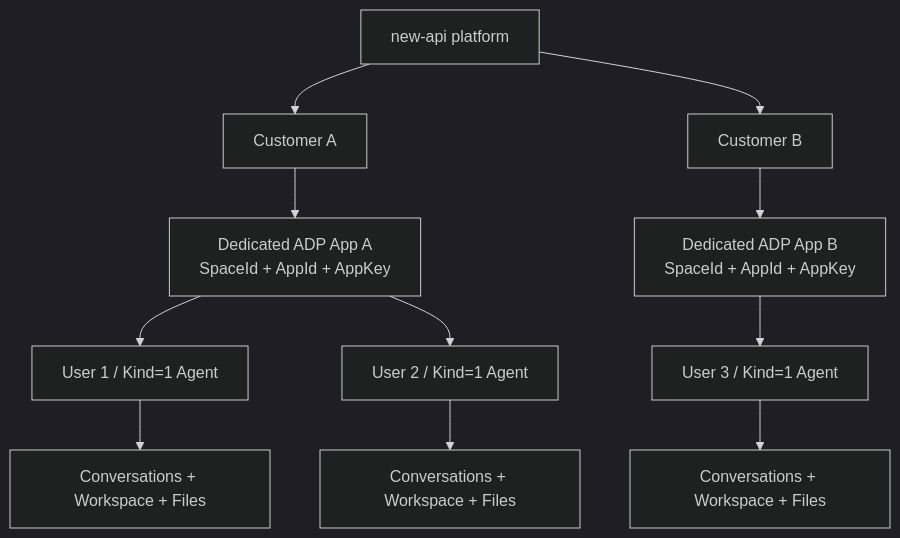
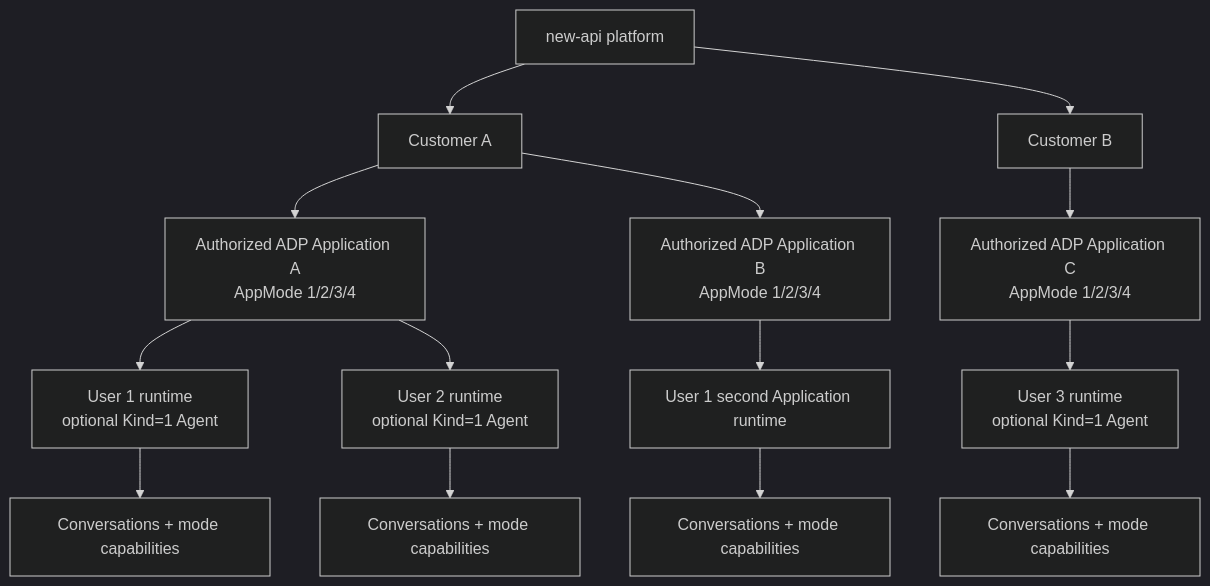
One commit to jeffzha/new-api changed the first of 55 diagrams in docs/adp-claw-workbench-playground-replacement-design.md. Above: the diagram before and after it, drawn with Mermaid (dark theme). The commit also changed other lines of this file and 49 other files, not shown here.

Commit message:
feat: add ADP Agent Store application catalog

````diff
--- a/docs/adp-claw-workbench-playground-replacement-design.md
+++ b/docs/adp-claw-workbench-playground-replacement-design.md
@@ -48,13 +48,16 @@
 ```mermaid
 flowchart TD
   P["new-api platform"] --> C1["Customer A"]
   P --> C2["Customer B"]
-  C1 --> A1["Dedicated ADP App A<br/>SpaceId + AppId + AppKey"]
-  C2 --> A2["Dedicated ADP App B<br/>SpaceId + AppId + AppKey"]
-  A1 --> U11["User 1 / Kind=1 Agent"]
-  A1 --> U12["User 2 / Kind=1 Agent"]
-  A2 --> U21["User 3 / Kind=1 Agent"]
-  U11 --> V11["Conversations + Workspace + Files"]
-  U12 --> V12["Conversations + Workspace + Files"]
-  U21 --> V21["Conversations + Workspace + Files"]
+  C1 --> A1["Authorized ADP Application A<br/>AppMode 1/2/3/4"]
+  C1 --> A2["Authorized ADP Application B<br/>AppMode 1/2/3/4"]
+  C2 --> A3["Authorized ADP Application C<br/>AppMode 1/2/3/4"]
+  A1 --> U11["User 1 runtime<br/>optional Kind=1 Agent"]
+  A1 --> U12["User 2 runtime<br/>optional Kind=1 Agent"]
+  A2 --> U13["User 1 second Application runtime"]
+  A3 --> U21["User 3 runtime<br/>optional Kind=1 Agent"]
+  U11 --> V11["Conversations + mode capabilities"]
+  U12 --> V12["Conversations + mode capabilities"]
+  U13 --> V13["Conversations + mode capabilities"]
+  U21 --> V21["Conversations + mode capabilities"]
 ```
````
